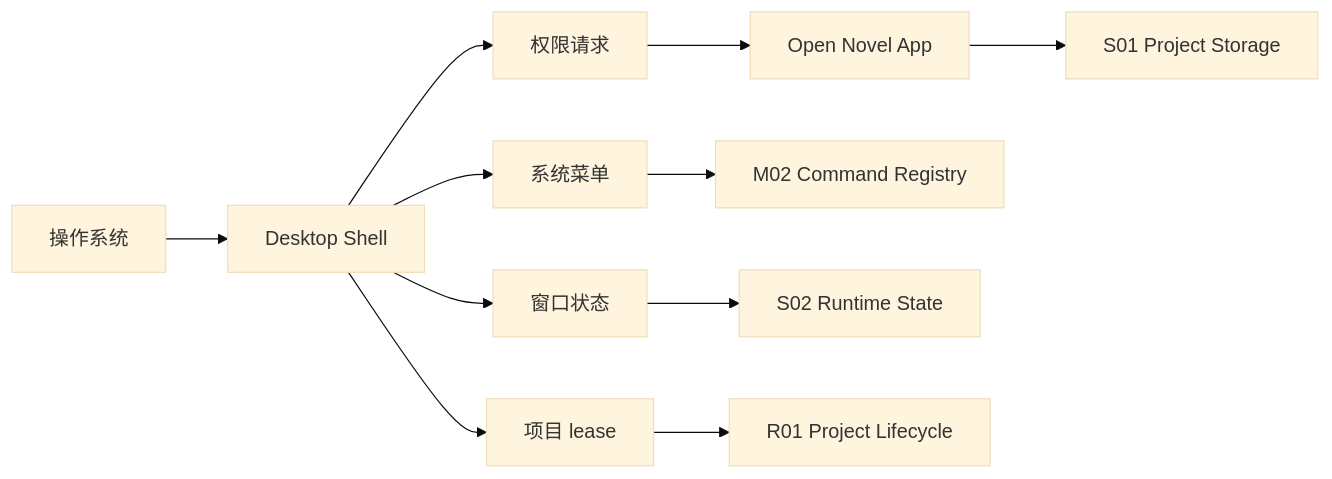
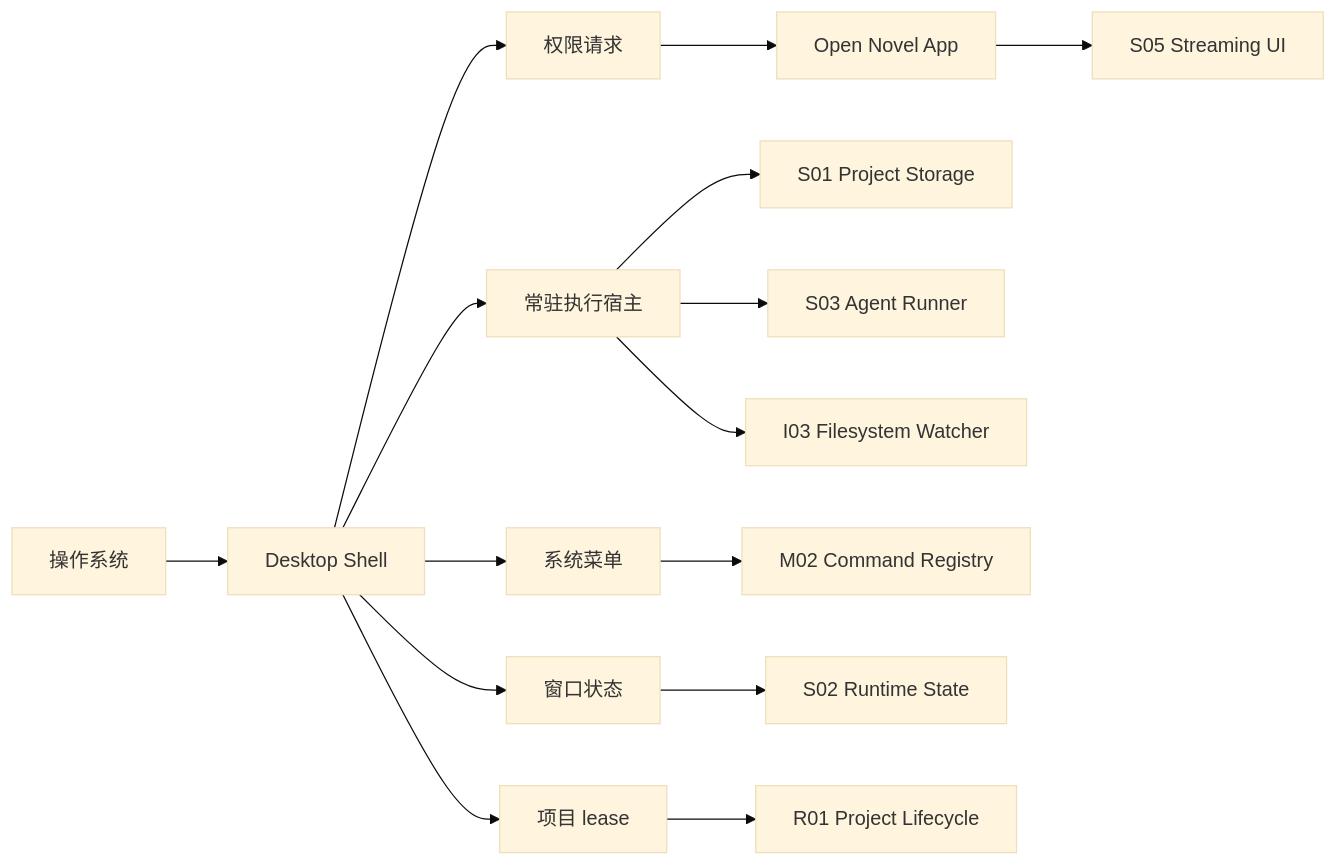
Before and after one commit to jinhuang712/open-novel: the diagram in spec/platform/I05-desktop-shell-contract.md, drawn with Mermaid (base theme). The commit also changed other lines of this file and 6 other files, not shown here.

Commit message:
docs(decision): make desktop shell the only app shape

````diff
--- a/spec/platform/I05-desktop-shell-contract.md
+++ b/spec/platform/I05-desktop-shell-contract.md
@@ -20,13 +32,17 @@
 ```mermaid
 flowchart LR
   OS[操作系统] --> Shell[Desktop Shell]
   Shell --> Permission[权限请求]
+  Shell --> Host[常驻执行宿主]
   Shell --> Menu[系统菜单]
   Shell --> Window[窗口状态]
   Shell --> Lease[项目 lease]
   Permission --> App[Open Novel App]
+  Host --> Storage[S01 Project Storage]
+  Host --> Runner[S03 Agent Runner]
+  Host --> Watcher[I03 Filesystem Watcher]
   Menu --> Command[M02 Command Registry]
   Window --> Runtime[S02 Runtime State]
   Lease --> Lifecycle[R01 Project Lifecycle]
-  App --> Storage[S01 Project Storage]
+  App --> Stream[S05 Streaming UI]
 ```
````
